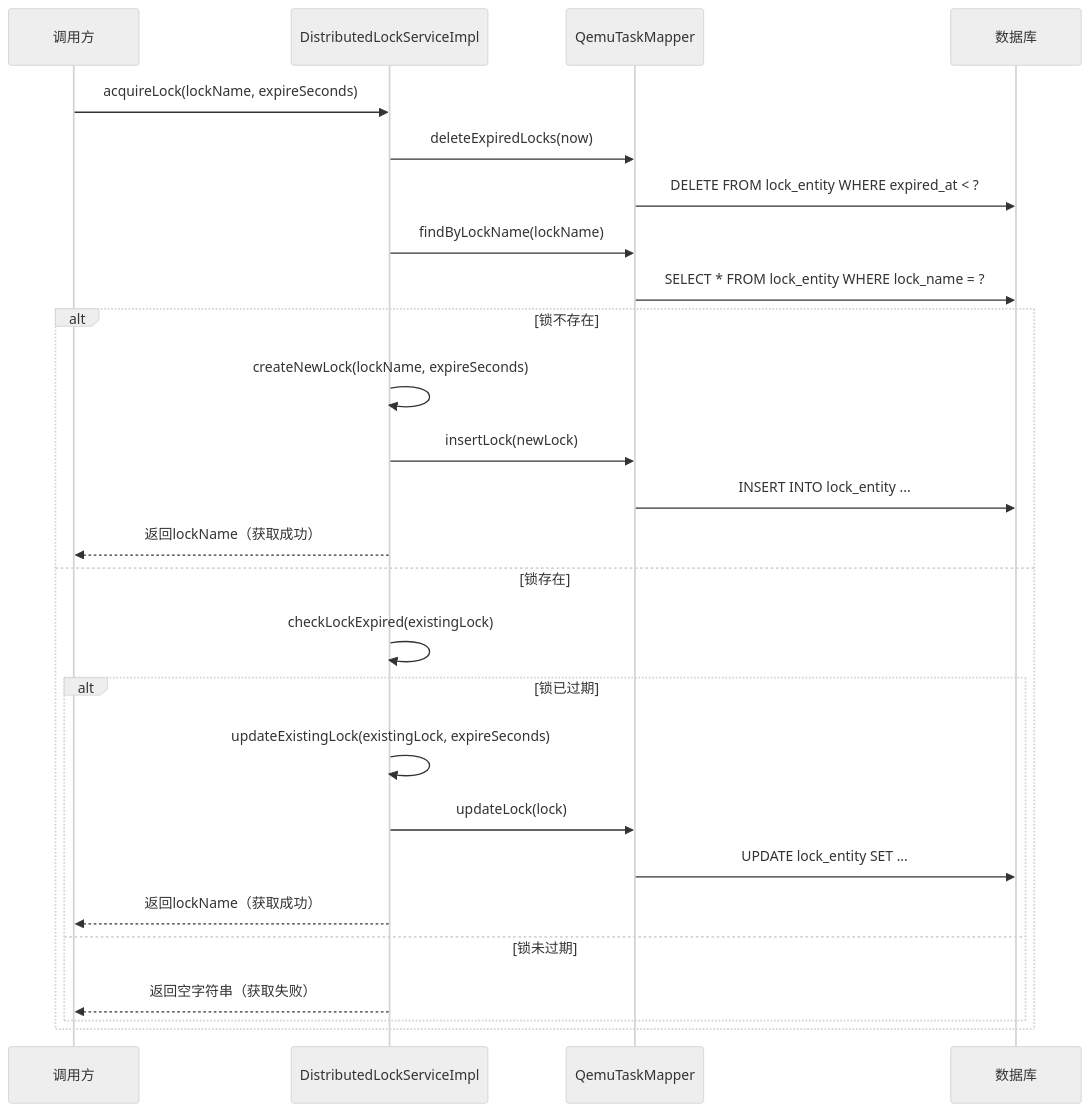
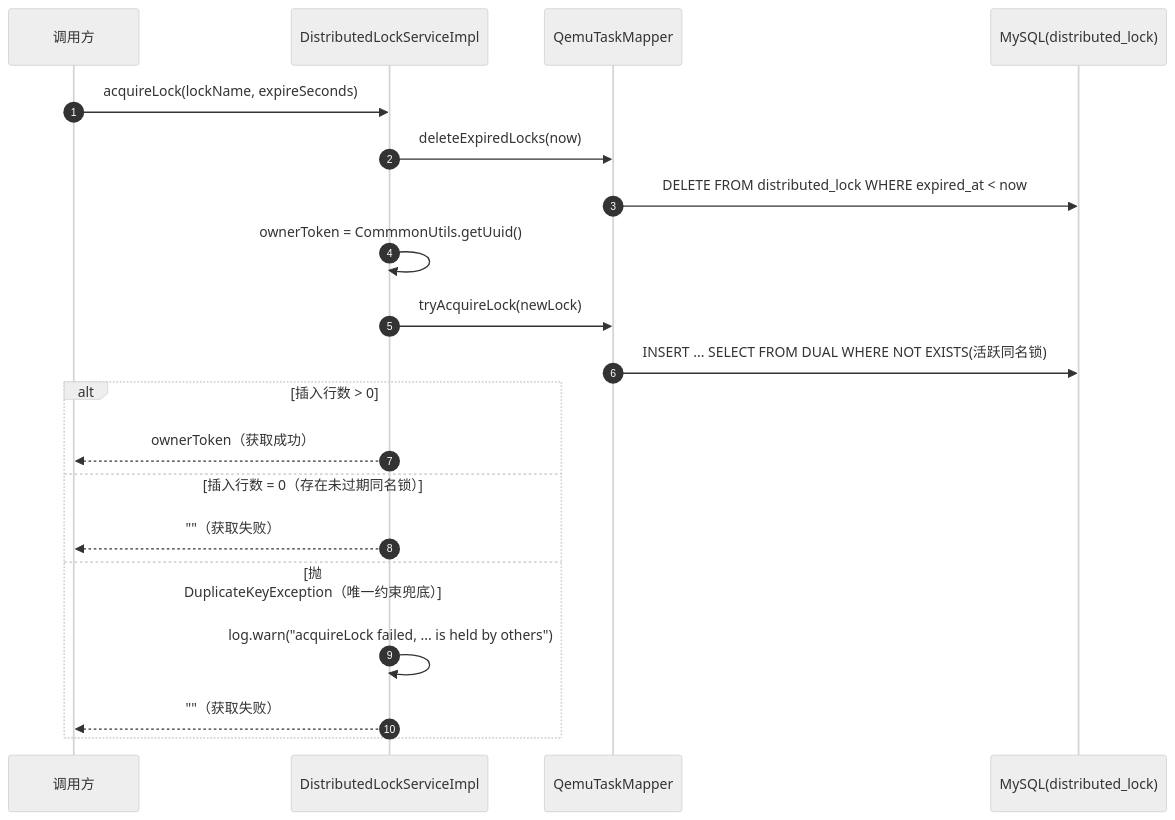
The first of 2 diagrams in spec/openlibing-simulation/system_design/分布式锁系统设计.md (ozvale/openlibing-docs), drawn with Mermaid (neutral theme) before and after one commit. The commit also changed other lines of this file, not shown here.

````diff
--- a/spec/openlibing-simulation/system_design/分布式锁系统设计.md
+++ b/spec/openlibing-simulation/system_design/分布式锁系统设计.md
@@ -38,33 +105,23 @@
 ```mermaid
 sequenceDiagram
-    participant Client as 调用方
-    participant Service as DistributedLockServiceImpl
-    participant Mapper as QemuTaskMapper
-    participant DB as 数据库
+    autonumber
+    participant C as 调用方
+    participant S as DistributedLockServiceImpl
+    participant M as QemuTaskMapper
+    participant DB as MySQL(distributed_lock)
 
-    Client->>Service: acquireLock(lockName, expireSeconds)
-    
-    Service->>Mapper: deleteExpiredLocks(now)
-    Mapper->>DB: DELETE FROM lock_entity WHERE expired_at < ?
-    
-    Service->>Mapper: findByLockName(lockName)
-    Mapper->>DB: SELECT * FROM lock_entity WHERE lock_name = ?
-    
-    alt 锁不存在
-        Service->>Service: createNewLock(lockName, expireSeconds)
-        Service->>Mapper: insertLock(newLock)
-        Mapper->>DB: INSERT INTO lock_entity ...
-        Service-->>Client: 返回lockName（获取成功）
-    else 锁存在
-        Service->>Service: checkLockExpired(existingLock)
-        
-        alt 锁已过期
-            Service->>Service: updateExistingLock(existingLock, expireSeconds)
-            Service->>Mapper: updateLock(lock)
-            Mapper->>DB: UPDATE lock_entity SET ...
-            Service-->>Client: 返回lockName（获取成功）
-        else 锁未过期
-            Service-->>Client: 返回空字符串（获取失败）
-        end
+    C->>S: acquireLock(lockName, expireSeconds)
+    S->>M: deleteExpiredLocks(now)
+    M->>DB: DELETE FROM distributed_lock WHERE expired_at < now
+    S->>S: ownerToken = CommmonUtils.getUuid()
+    S->>M: tryAcquireLock(newLock)
+    M->>DB: INSERT ... SELECT FROM DUAL WHERE NOT EXISTS(活跃同名锁)
+    alt 插入行数 > 0
+        S-->>C: ownerToken（获取成功）
+    else 插入行数 = 0（存在未过期同名锁）
+        S-->>C: ""（获取失败）
+    else 抛 DuplicateKeyException（唯一约束兜底）
+        S->>S: log.warn("acquireLock failed, ... is held by others")
+        S-->>C: ""（获取失败）
     end
 ```
````
